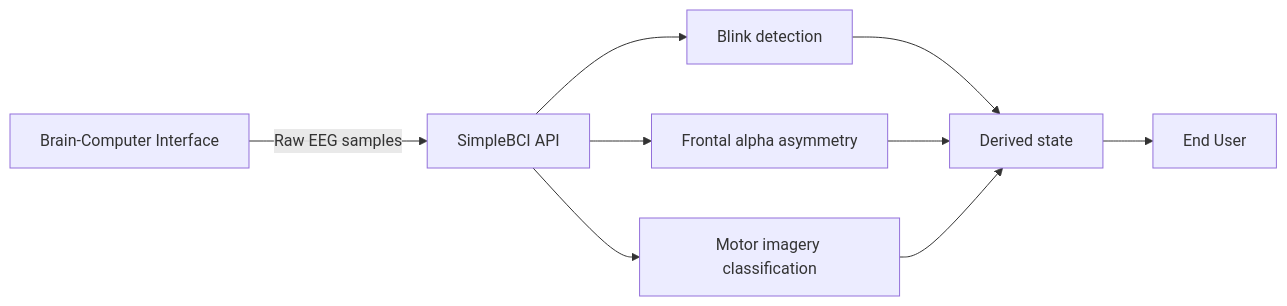
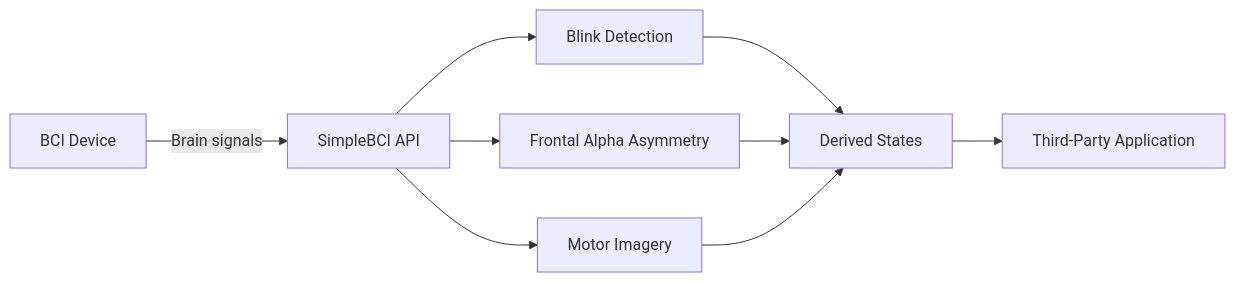
Before and after one commit to Ferryry/SimpleBCI: the second of 2 diagrams in README.md, drawn with Mermaid. The commit also changed other lines of this file, not shown here.

````diff
--- a/README.md
+++ b/README.md
@@ -37,14 +33,14 @@
 ```mermaid
 flowchart LR
-    EEG[Brain-Computer Interface] -->|Raw EEG samples| Simple[SimpleBCI API]
+    EEG[BCI Device] -->|Brain signals| API[SimpleBCI API]
 
-    Simple --> BLINK[Blink detection]
-    Simple --> FAA[Frontal alpha asymmetry]
-    Simple --> MI[Motor imagery classification]
+    API --> BLINK[Blink Detection]
+    API --> FAA[Frontal Alpha Asymmetry]
+    API --> MI[Motor Imagery]
 
-    BLINK --> RESULT[Derived state]
-    FAA --> RESULT
-    MI --> RESULT
+    BLINK --> STATE[Derived States]
+    FAA --> STATE
+    MI --> STATE
 
-    RESULT --> USER[End User]
+    STATE --> APP[Third-Party Application]
 ```
````
